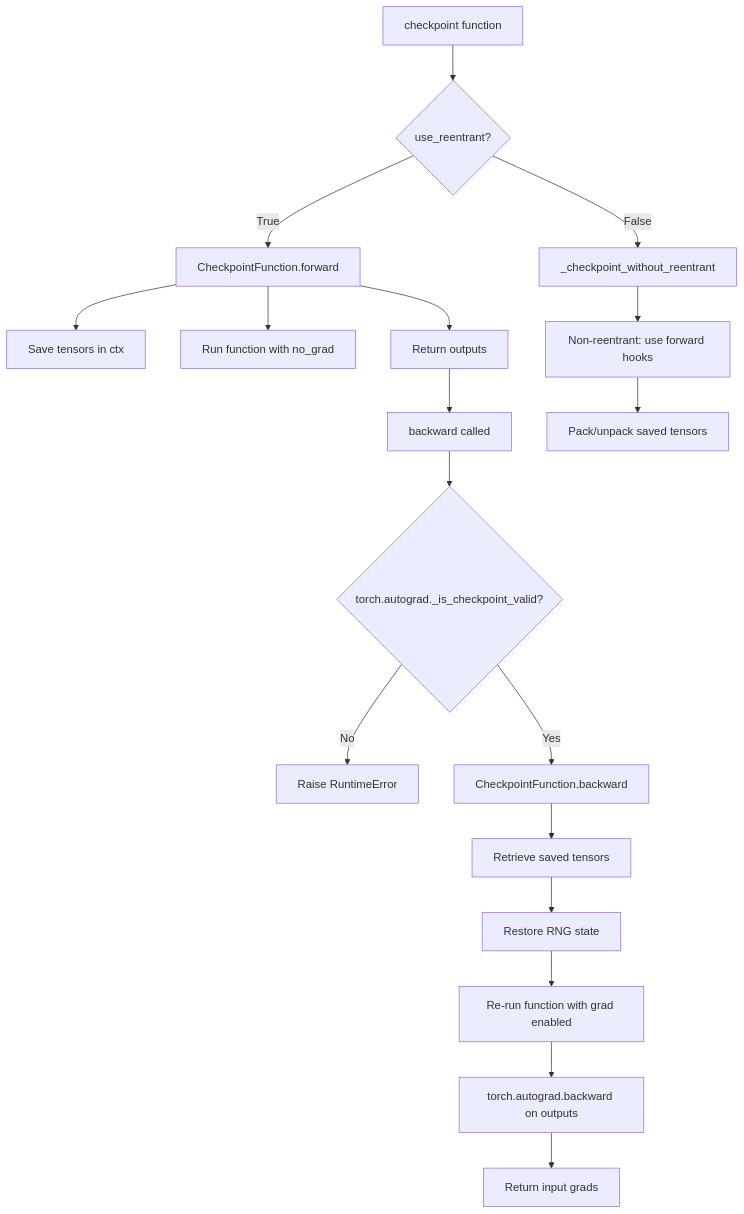
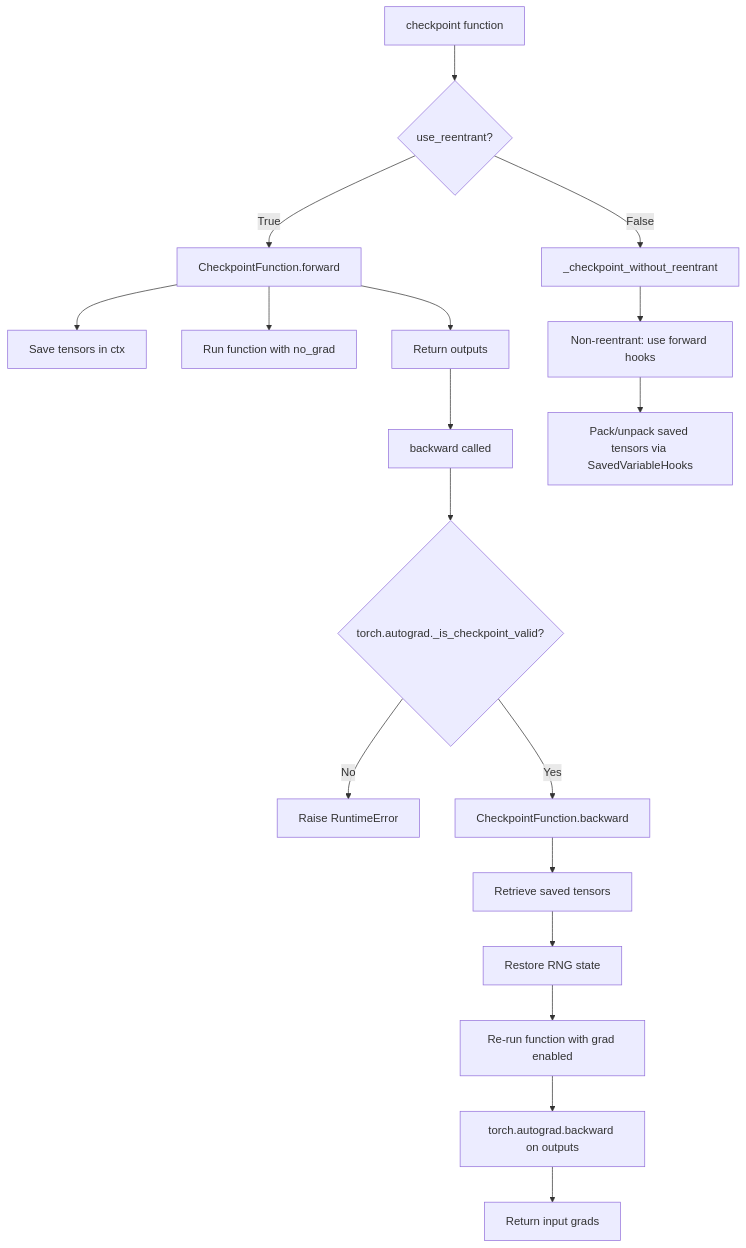
Before and after one commit to s0okiym/share: the ninth of 11 diagrams in torch/opencode_kimi_autograd_engine.md, drawn with Mermaid. The commit also changed other lines of this file and 21 other files, not shown here.

````diff
--- a/torch/opencode_kimi_autograd_engine.md
+++ b/torch/opencode_kimi_autograd_engine.md
@@ -676,25 +723,25 @@
 ```mermaid
 flowchart TD
-    A[checkpoint function] --> B{use_reentrant?}
+    A["checkpoint function"] --> B{"use_reentrant?"}
     
-    B -->|True| C[CheckpointFunction.forward]
-    B -->|False| D[_checkpoint_without_reentrant]
+    B -->|True| C["CheckpointFunction.forward"]
+    B -->|False| D["_checkpoint_without_reentrant"]
     
-    C --> E[Save tensors in ctx]
-    C --> F[Run function with no_grad]
-    C --> G[Return outputs]
+    C --> E["Save tensors in ctx"]
+    C --> F["Run function with no_grad"]
+    C --> G["Return outputs"]
     
-    G --> H[backward called]
-    H --> I{torch.autograd._is_checkpoint_valid?}
-    I -->|No| J[Raise RuntimeError]
-    I -->|Yes| K[CheckpointFunction.backward]
+    G --> H["backward called"]
+    H --> I{"torch.autograd._is_checkpoint_valid?"}
+    I -->|No| J["Raise RuntimeError"]
+    I -->|Yes| K["CheckpointFunction.backward"]
     
-    K --> L[Retrieve saved tensors]
-    L --> M[Restore RNG state]
-    M --> N[Re-run function with grad enabled]
-    N --> O[torch.autograd.backward on outputs]
-    O --> P[Return input grads]
+    K --> L["Retrieve saved tensors"]
+    L --> M["Restore RNG state"]
+    M --> N["Re-run function with grad enabled"]
+    N --> O["torch.autograd.backward on outputs"]
+    O --> P["Return input grads"]
     
-    D --> Q[Non-reentrant: use forward hooks]
-    Q --> R[Pack/unpack saved tensors]
+    D --> Q["Non-reentrant: use forward hooks"]
+    Q --> R["Pack/unpack saved tensors via SavedVariableHooks"]
 ```
````
